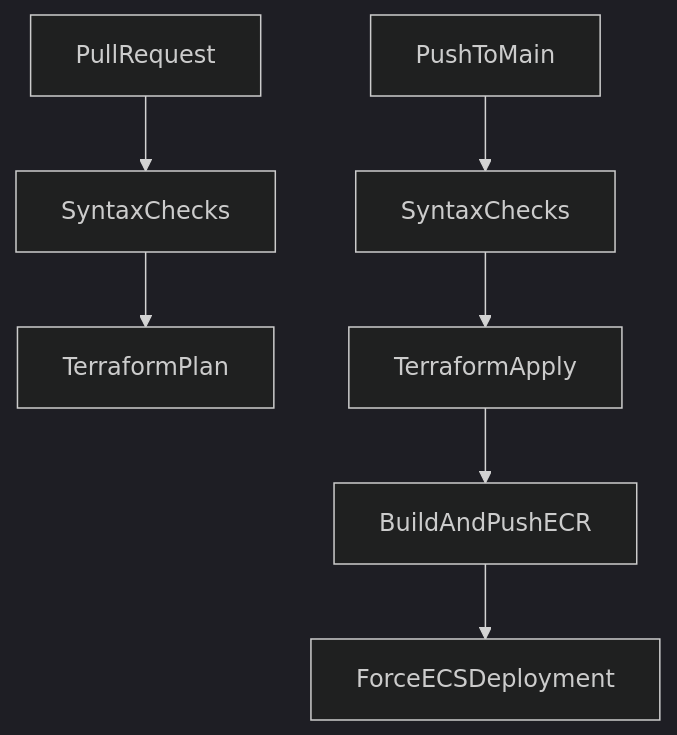
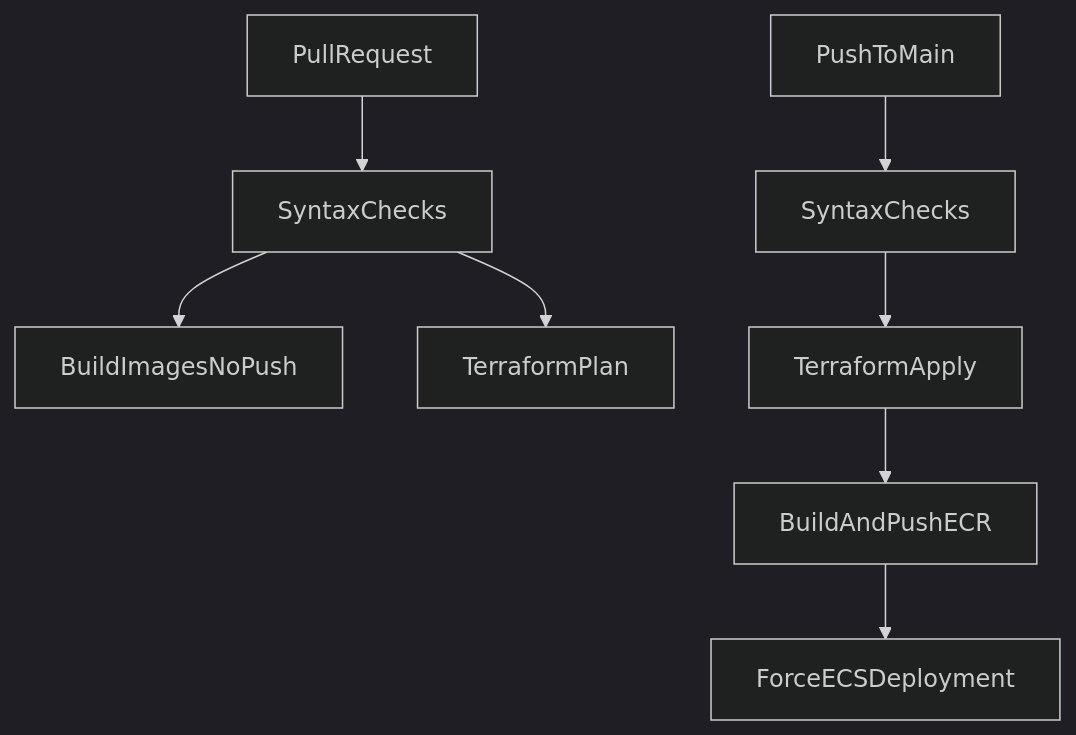
The diagram in docs/cicd.md (haseebpvt/ai-customer-document-assistant), drawn with Mermaid (dark theme) before and after one commit. The commit also changed other lines of this file and 6 other files, not shown here.

````diff
--- a/docs/cicd.md
+++ b/docs/cicd.md
@@ -7,9 +7,10 @@
 ```mermaid
 flowchart TD
   pr[PullRequest] --> checksPR[SyntaxChecks]
+  checksPR --> imagesPR[BuildImagesNoPush]
   checksPR --> plan[TerraformPlan]
   main[PushToMain] --> checksMain[SyntaxChecks]
   checksMain --> apply[TerraformApply]
   apply --> images[BuildAndPushECR]
   images --> rollout[ForceECSDeployment]
 ```
````
